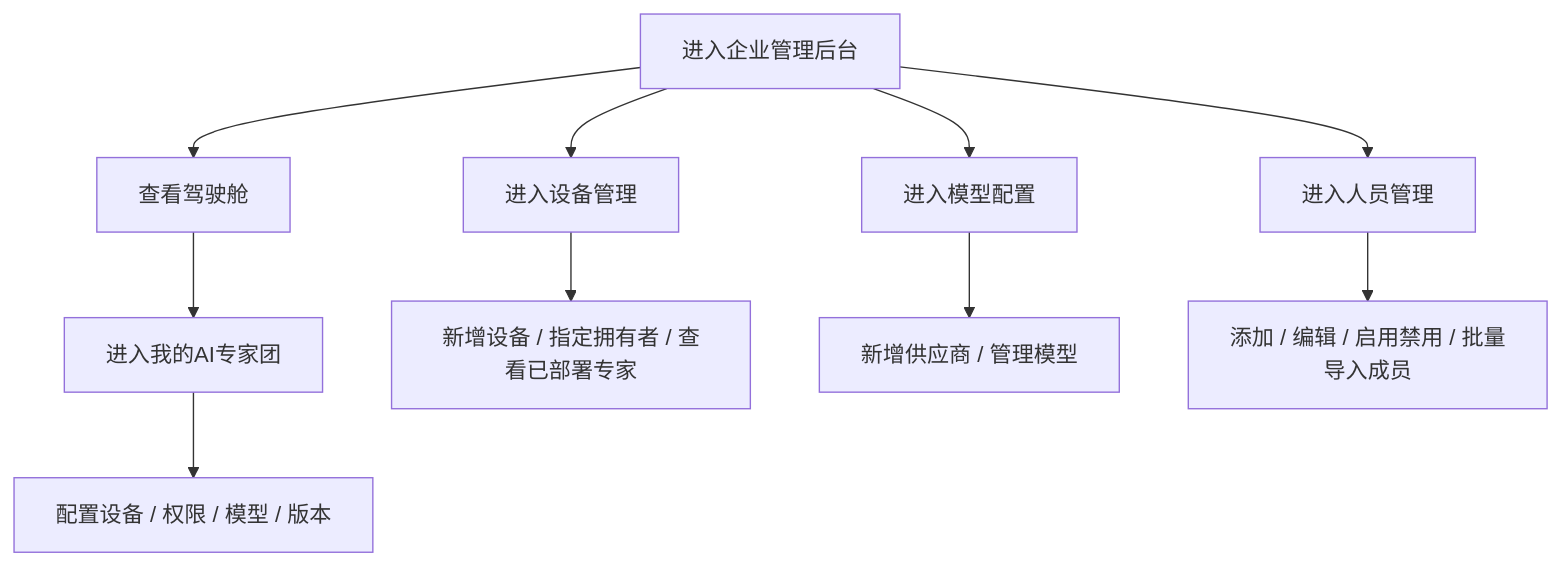
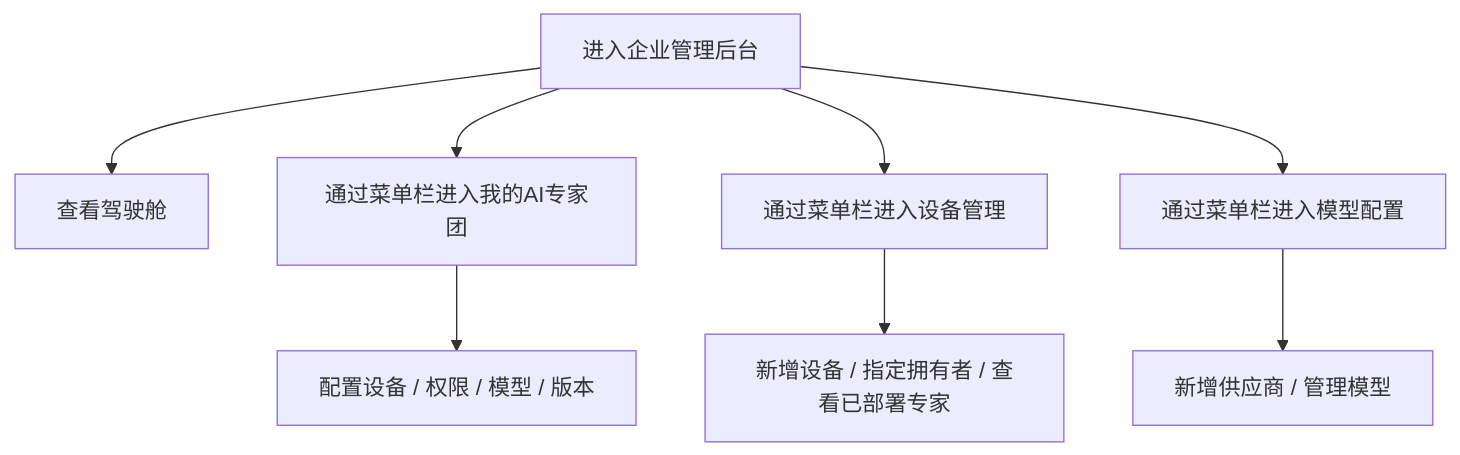
Before and after one commit to wanquanY/Frontis_prd: the first of 5 diagrams in Frontis AI · 企业管理后台 PRD.md, drawn with Mermaid. The commit also changed other lines of this file and 42 other files, not shown here.

Commit message:
feat: refine fde and enterprise management flows

````diff
--- a/Frontis AI · 企业管理后台 PRD.md
+++ b/Frontis AI · 企业管理后台 PRD.md
@@ -57,12 +51,10 @@
 ```mermaid
 flowchart TD
   A["进入企业管理后台"] --> B["查看驾驶舱"]
-  B --> C["进入我的AI专家团"]
+  A --> C["通过菜单栏进入我的AI专家团"]
   C --> D["配置设备 / 权限 / 模型 / 版本"]
-  A --> E["进入设备管理"]
+  A --> E["通过菜单栏进入设备管理"]
   E --> F["新增设备 / 指定拥有者 / 查看已部署专家"]
-  A --> G["进入模型配置"]
+  A --> G["通过菜单栏进入模型配置"]
   G --> H["新增供应商 / 管理模型"]
-  A --> I["进入人员管理"]
-  I --> J["添加 / 编辑 / 启用禁用 / 批量导入成员"]
 ```
````
